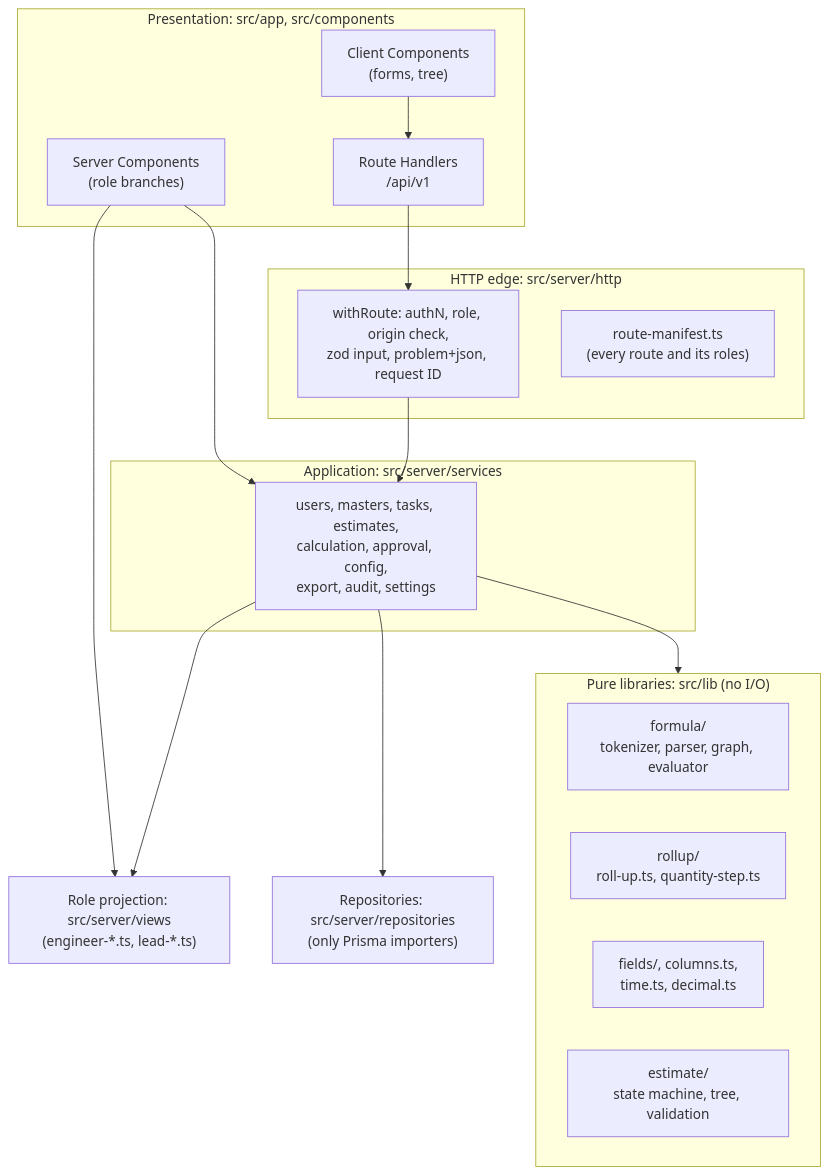
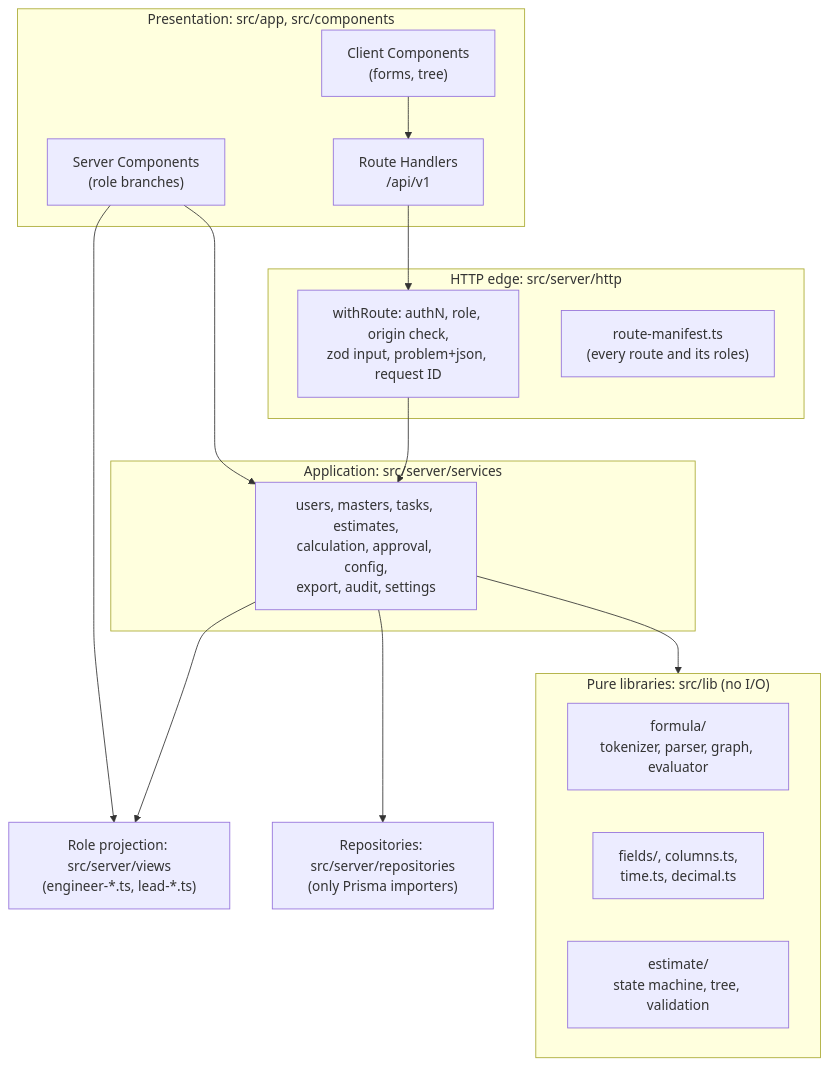
One commit to sankumar76/Accucut-Quotation changed the third of 6 diagrams in docs/04-architecture/architecture.md. Above: the diagram before and after it, drawn with Mermaid. The commit also changed other lines of this file and 8 other files, not shown here.

Commit message:
docs(architecture): apply whole-order rule and Q-35, Q-36, Q-37 answers, v0.7 [AQP-1]

````diff
--- a/docs/04-architecture/architecture.md
+++ b/docs/04-architecture/architecture.md
@@ -166,30 +179,29 @@
 ```mermaid
 flowchart TB
   subgraph presentation["Presentation: src/app, src/components"]
     pages["Server Components<br/>(role branches)"]
     routes["Route Handlers<br/>/api/v1"]
     client["Client Components<br/>(forms, tree)"]
   end
   subgraph edge["HTTP edge: src/server/http"]
     wrapper["withRoute: authN, role, origin check,<br/>zod input, problem+json, request ID"]
     manifest["route-manifest.ts<br/>(every route and its roles)"]
   end
   subgraph app_layer["Application: src/server/services"]
     svc["users, masters, tasks, estimates,<br/>calculation, approval, config,<br/>export, audit, settings"]
   end
   views["Role projection: src/server/views<br/>(engineer-*.ts, lead-*.ts)"]
   repos["Repositories: src/server/repositories<br/>(only Prisma importers)"]
   subgraph pure["Pure libraries: src/lib (no I/O)"]
     formula["formula/<br/>tokenizer, parser, graph, evaluator"]
-    rollup["rollup/<br/>roll-up.ts, quantity-step.ts"]
     fields["fields/, columns.ts,<br/>time.ts, decimal.ts"]
     domain["estimate/<br/>state machine, tree, validation"]
   end
   pages --> views
   routes --> wrapper --> svc
   pages --> svc
   svc --> views
   svc --> repos
   svc --> pure
   client --> routes
 ```
````
